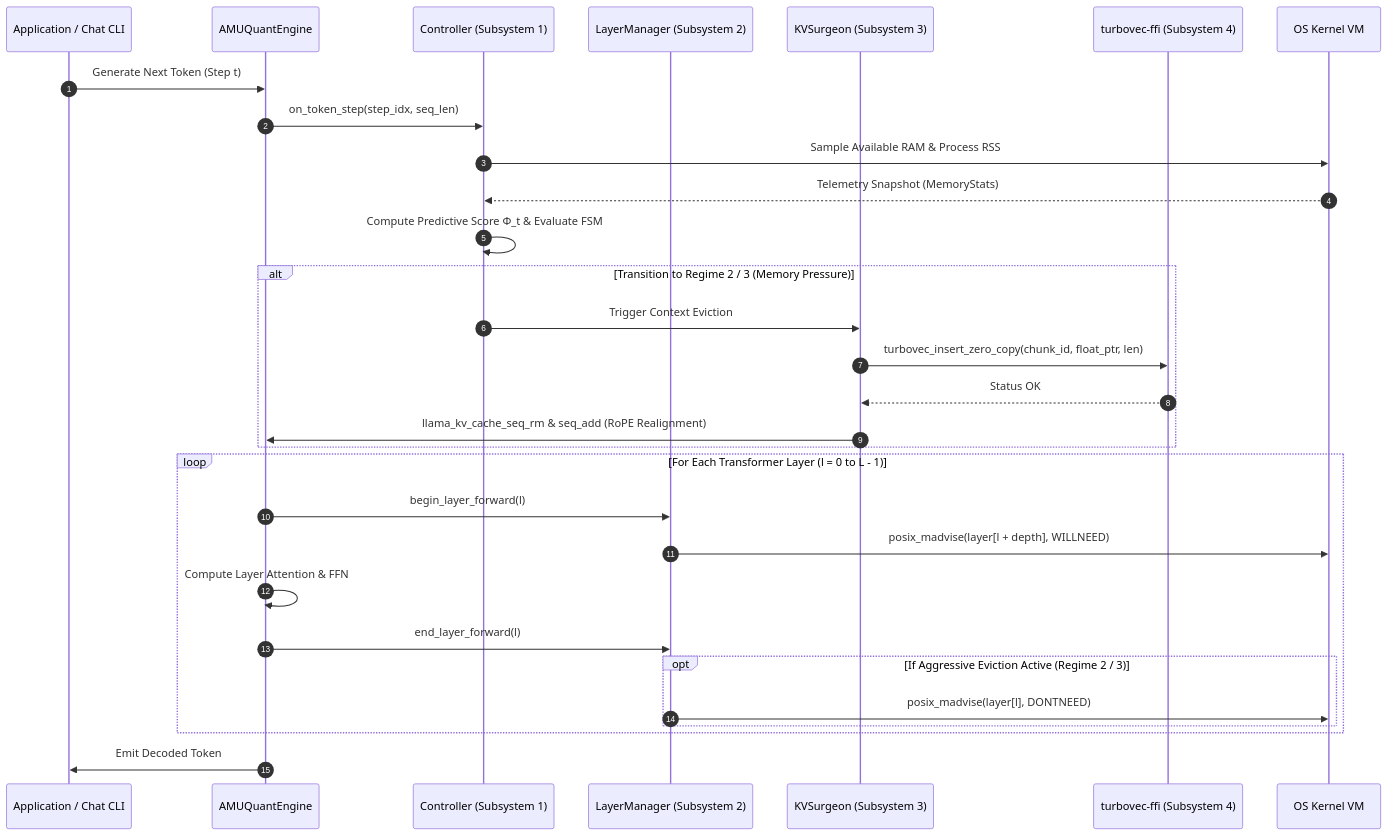
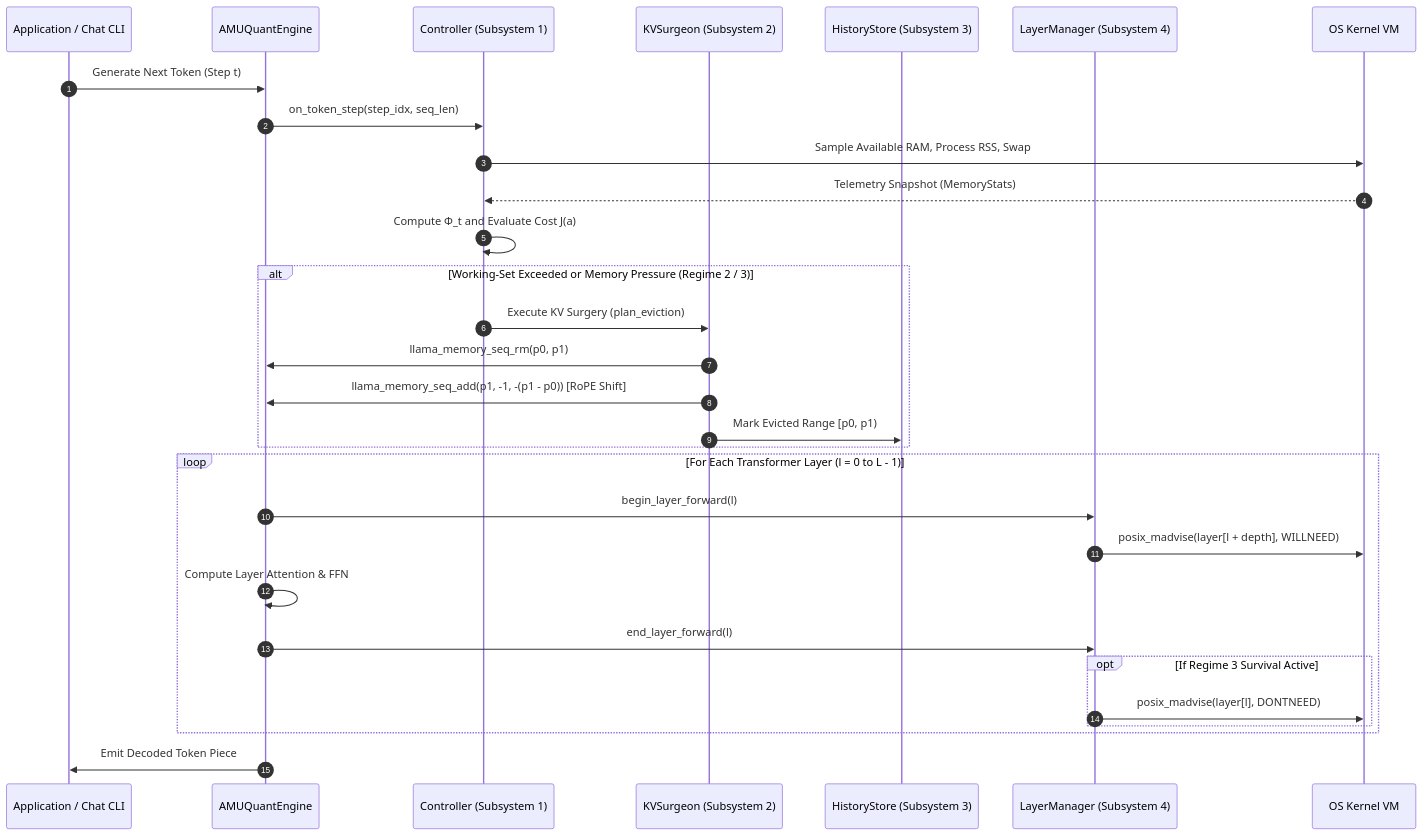
The second of 2 diagrams in docs/01_SYSTEM_ARCHITECTURE.md (ridwanmubarok/amuquant), drawn with Mermaid before and after one commit. The commit also changed other lines of this file and 10 other files, not shown here.

Commit message:
refactor: completely purge turboquant/turbovec and integrate canonical history reconstruction

````diff
--- a/docs/01_SYSTEM_ARCHITECTURE.md
+++ b/docs/01_SYSTEM_ARCHITECTURE.md
@@ -139,36 +139,36 @@
 ```mermaid
 sequenceDiagram
     autonumber
     participant App as Application / Chat CLI
     participant Engine as AMUQuantEngine
     participant Ctrl as Controller (Subsystem 1)
-    participant LM as LayerManager (Subsystem 2)
-    participant KV as KVSurgeon (Subsystem 3)
-    participant TV as turbovec-ffi (Subsystem 4)
+    participant KV as KVSurgeon (Subsystem 2)
+    participant Hist as HistoryStore (Subsystem 3)
+    participant LM as LayerManager (Subsystem 4)
     participant Kernel as OS Kernel VM
 
     App->>Engine: Generate Next Token (Step t)
     Engine->>Ctrl: on_token_step(step_idx, seq_len)
-    Ctrl->>Kernel: Sample Available RAM & Process RSS
+    Ctrl->>Kernel: Sample Available RAM, Process RSS, Swap
     Kernel-->>Ctrl: Telemetry Snapshot (MemoryStats)
-    Ctrl->>Ctrl: Compute Predictive Score Φ_t & Evaluate FSM
+    Ctrl->>Ctrl: Compute Φ_t and Evaluate Cost J(a)
 
-    alt Transition to Regime 2 / 3 (Memory Pressure)
-        Ctrl->>KV: Trigger Context Eviction
-        KV->>TV: turbovec_insert_zero_copy(chunk_id, float_ptr, len)
-        TV-->>KV: Status OK
-        KV->>Engine: llama_kv_cache_seq_rm & seq_add (RoPE Realignment)
+    alt Working-Set Exceeded or Memory Pressure (Regime 2 / 3)
+        Ctrl->>KV: Execute KV Surgery (plan_eviction)
+        KV->>Engine: llama_memory_seq_rm(p0, p1)
+        KV->>Engine: llama_memory_seq_add(p1, -1, -(p1 - p0)) [RoPE Shift]
+        KV->>Hist: Mark Evicted Range [p0, p1)
     end
 
     loop For Each Transformer Layer (l = 0 to L - 1)
         Engine->>LM: begin_layer_forward(l)
         LM->>Kernel: posix_madvise(layer[l + depth], WILLNEED)
         Engine->>Engine: Compute Layer Attention & FFN
         Engine->>LM: end_layer_forward(l)
-        opt If Aggressive Eviction Active (Regime 2 / 3)
+        opt If Regime 3 Survival Active
             LM->>Kernel: posix_madvise(layer[l], DONTNEED)
         end
     end
 
-    Engine->>App: Emit Decoded Token
+    Engine->>App: Emit Decoded Token Piece
 ```
````
